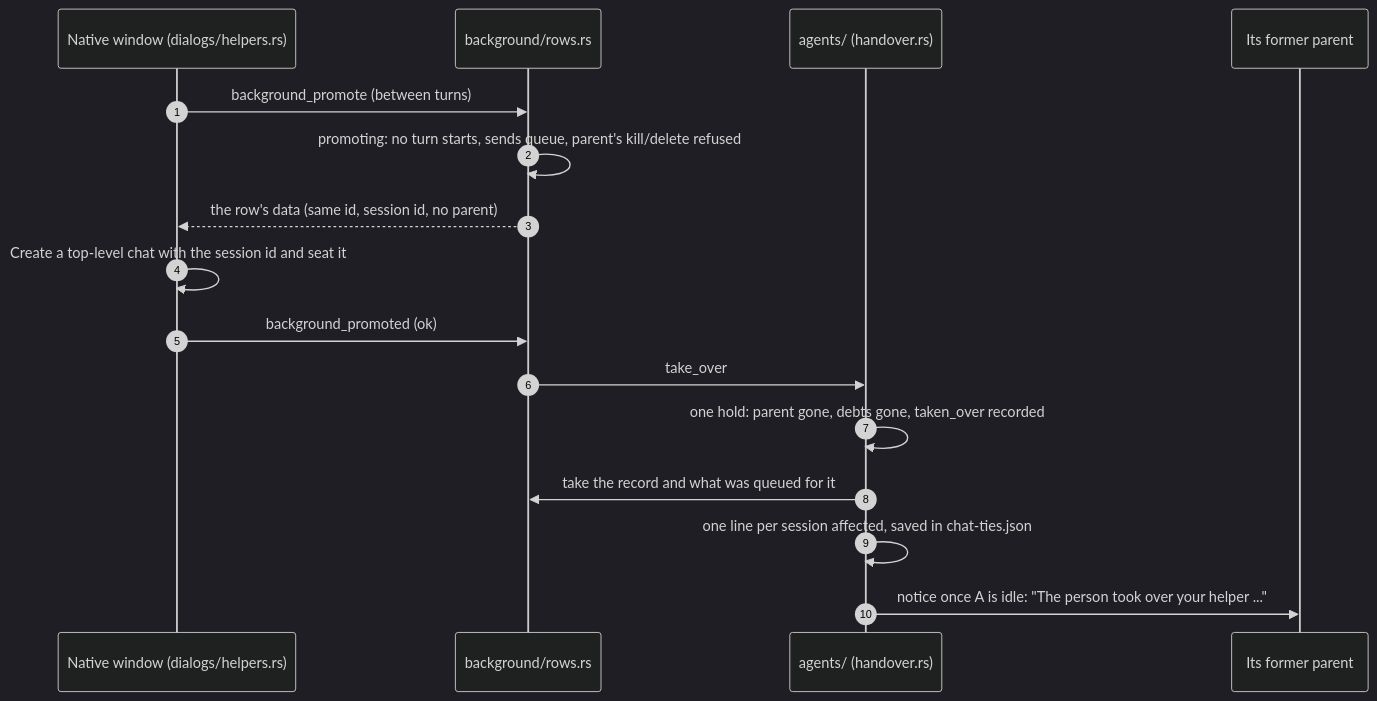
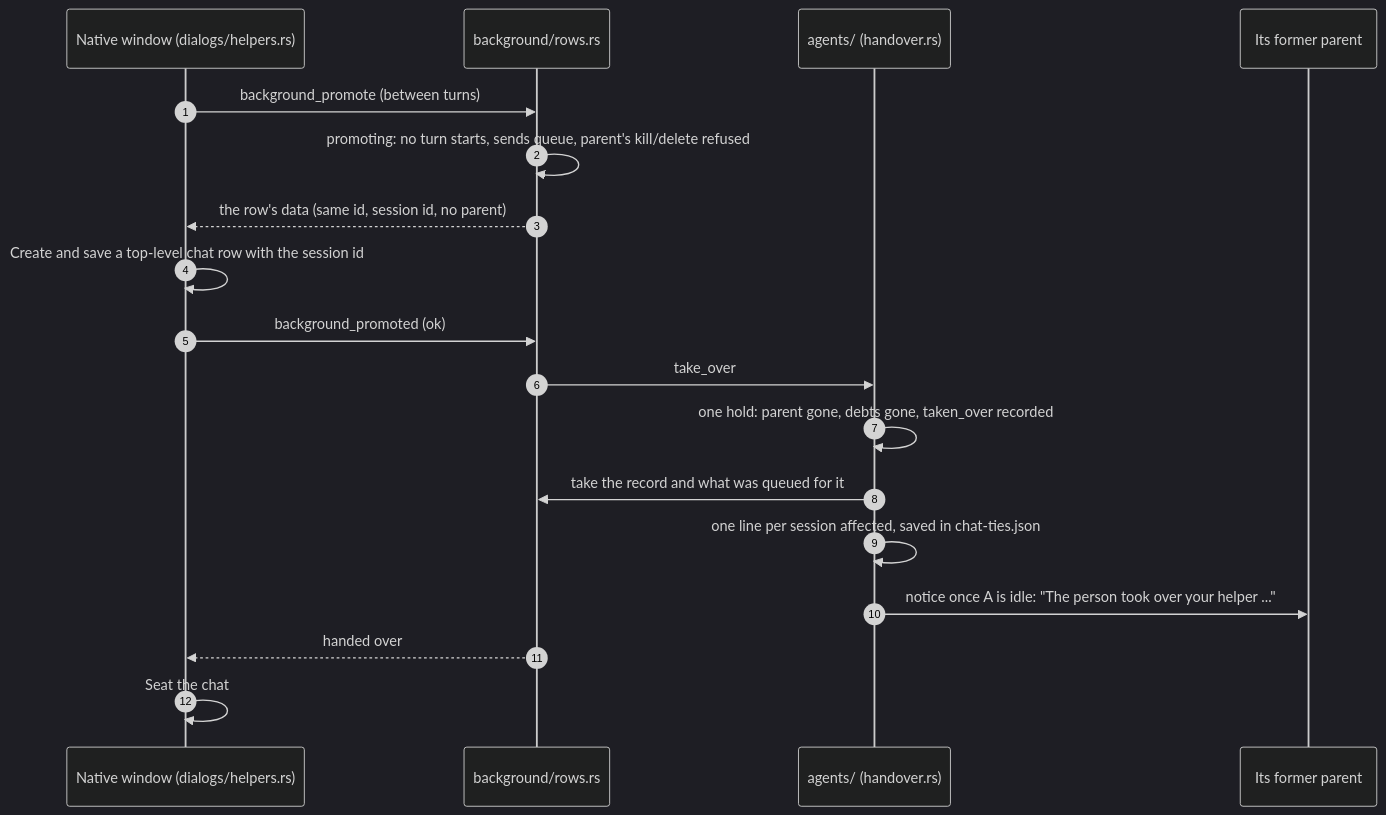
One commit to nrubinmosin/luna changed the third of 3 diagrams in docs/architecture/overview.md. Above: the diagram before and after it, drawn with Mermaid (dark theme). The commit also changed other lines of this file and 5 other files, not shown here.

First line of the commit message:
Architecture pages follow the agents, helper and library code

````diff
--- a/docs/architecture/overview.md
+++ b/docs/architecture/overview.md
@@ -145,19 +145,21 @@
 ```mermaid
 sequenceDiagram
   autonumber
   participant P as Native window (dialogs/helpers.rs)
   participant B as background/rows.rs
   participant R as agents/ (handover.rs)
   participant A as Its former parent
 
   P->>B: background_promote (between turns)
   B->>B: promoting: no turn starts, sends queue, parent's kill/delete refused
   B-->>P: the row's data (same id, session id, no parent)
-  P->>P: Create a top-level chat with the session id and seat it
+  P->>P: Create and save a top-level chat row with the session id
   P->>B: background_promoted (ok)
   B->>R: take_over
   R->>R: one hold: parent gone, debts gone, taken_over recorded
   R->>B: take the record and what was queued for it
   R->>R: one line per session affected, saved in chat-ties.json
   R->>A: notice once A is idle: "The person took over your helper ..."
+  B-->>P: handed over
+  P->>P: Seat the chat
 ```
````
